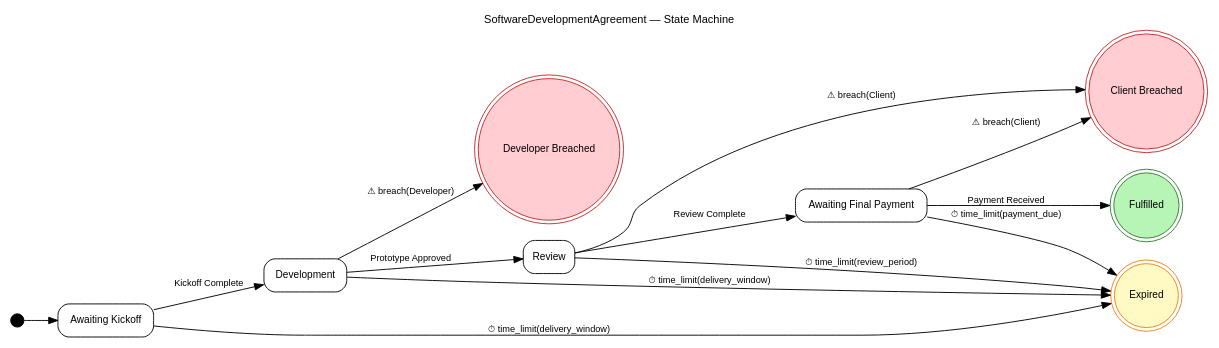
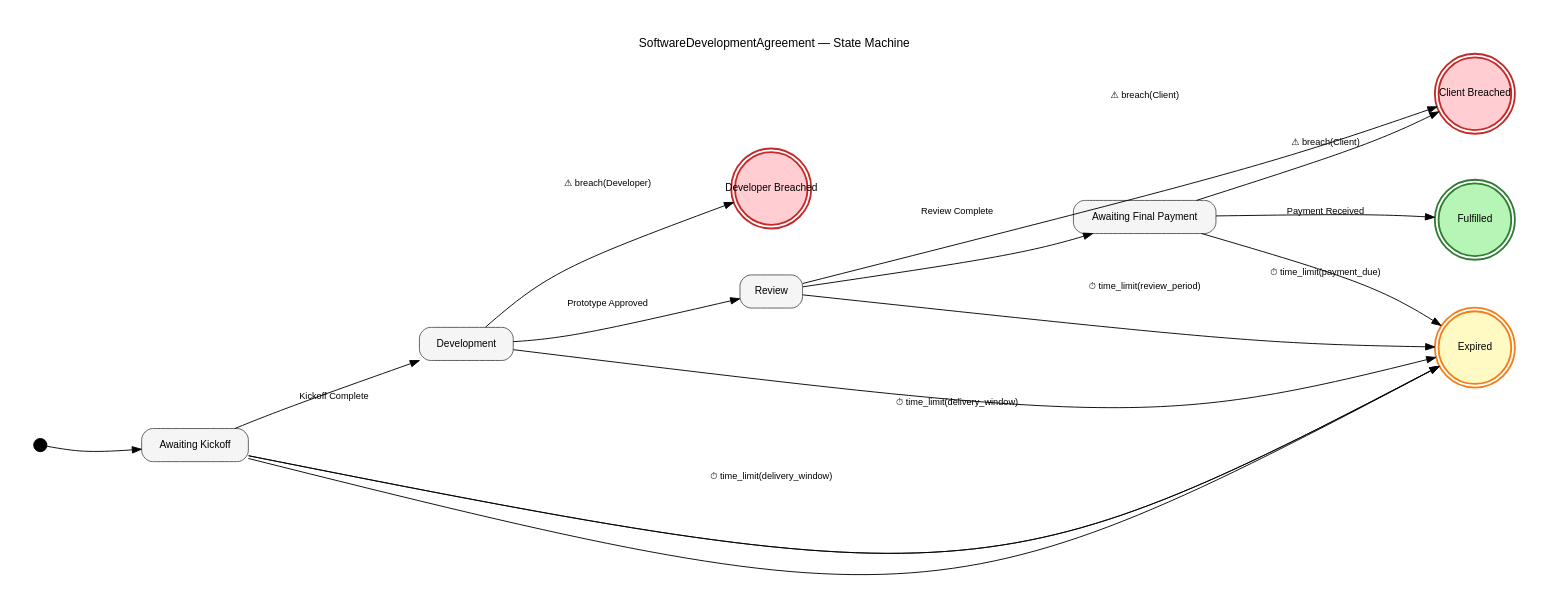
One commit to codeNinja62/LexScript changed the diagram in examples/software_dev.dot. Above: the diagram before and after it, drawn with Graphviz. The commit also changed 2 other files, not shown here.

Commit message:
Improve FSM diagram layout: curved splines, fixed terminal node size, spacing, filled non-terminal nodes

```diff
--- a/examples/software_dev.dot
+++ b/examples/software_dev.dot
@@ -1,33 +1,37 @@
 digraph SoftwareDevelopmentAgreement {
     rankdir=LR;
-    graph [fontname="Helvetica" fontsize=12 label="SoftwareDevelopmentAgreement — State Machine" labelloc=t];
-    node  [fontname="Helvetica" fontsize=11];
+    splines=curved;
+    concentrate=true;
+    nodesep=0.7;
+    ranksep=1.4;
+    graph [fontname="Helvetica" fontsize=13 label="SoftwareDevelopmentAgreement — State Machine" labelloc=t labeljust=c pad=0.4];
+    node  [fontname="Helvetica" fontsize=11 margin="0.2,0.12"];
     edge  [fontname="Helvetica" fontsize=10];
 
     // Entry point
     __start [label="" shape=point width=0.2];
     __start -> AwaitingKickoff;
 
     // States
-    AwaitingKickoff [label="Awaiting Kickoff" shape=box style=rounded];
-    Development [label="Development" shape=box style=rounded];
-    Review [label="Review" shape=box style=rounded];
-    AwaitingFinalPayment [label="Awaiting Final Payment" shape=box style=rounded];
-    Fulfilled [label="Fulfilled" shape=doublecircle style=filled fillcolor="#b7f5b7" color="#2e7d32"];
-    DeveloperBreached [label="Developer Breached" shape=doublecircle style=filled fillcolor="#ffcdd2" color="#c62828"];
-    ClientBreached [label="Client Breached" shape=doublecircle style=filled fillcolor="#ffcdd2" color="#c62828"];
-    Expired [label="Expired" shape=doublecircle style=filled fillcolor="#fff9c4" color="#f57f17"];
+    AwaitingKickoff [label="Awaiting Kickoff" shape=box style="rounded,filled" fillcolor="#f5f5f5" color="#555555"];
+    Development [label="Development" shape=box style="rounded,filled" fillcolor="#f5f5f5" color="#555555"];
+    Review [label="Review" shape=box style="rounded,filled" fillcolor="#f5f5f5" color="#555555"];
+    AwaitingFinalPayment [label="Awaiting Final Payment" shape=box style="rounded,filled" fillcolor="#f5f5f5" color="#555555"];
+    Fulfilled [label="Fulfilled" shape=doublecircle style=filled fillcolor="#b7f5b7" color="#2e7d32" penwidth=2 width=1.1 height=1.1 fixedsize=true];
+    DeveloperBreached [label="Developer Breached" shape=doublecircle style=filled fillcolor="#ffcdd2" color="#c62828" penwidth=2 width=1.1 height=1.1 fixedsize=true];
+    ClientBreached [label="Client Breached" shape=doublecircle style=filled fillcolor="#ffcdd2" color="#c62828" penwidth=2 width=1.1 height=1.1 fixedsize=true];
+    Expired [label="Expired" shape=doublecircle style=filled fillcolor="#fff9c4" color="#f57f17" penwidth=2 width=1.1 height=1.1 fixedsize=true];
 
     // Transitions
     AwaitingKickoff -> Development [label="Kickoff Complete"];
     AwaitingKickoff -> Expired [label="⏱ time_limit(delivery_window)"];
     Development -> Review [label="Prototype Approved"];
     Development -> DeveloperBreached [label="⚠ breach(Developer)"];
     Development -> Expired [label="⏱ time_limit(delivery_window)"];
     Review -> AwaitingFinalPayment [label="Review Complete"];
     Review -> ClientBreached [label="⚠ breach(Client)"];
     Review -> Expired [label="⏱ time_limit(review_period)"];
     AwaitingFinalPayment -> Fulfilled [label="Payment Received"];
     AwaitingFinalPayment -> Expired [label="⏱ time_limit(payment_due)"];
     AwaitingFinalPayment -> ClientBreached [label="⚠ breach(Client)"];
 }
```
